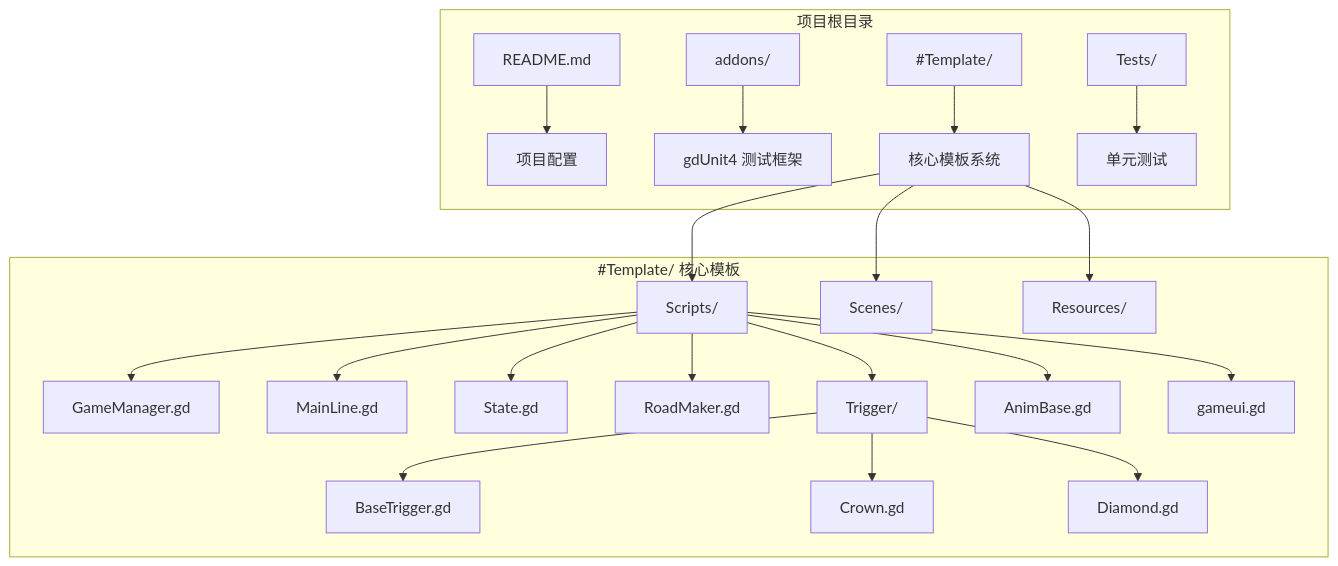
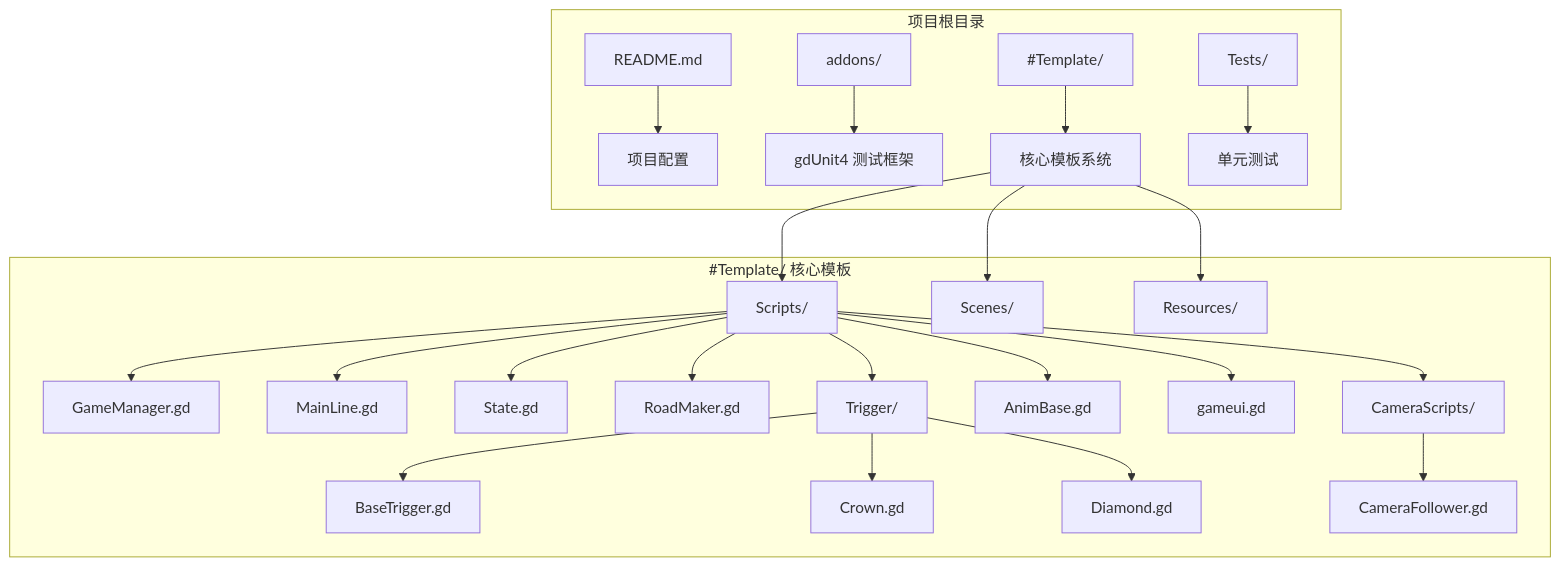
Before and after one commit to godotline/godot-line: the first of 14 diagrams in .qoder/repowiki/zh/content/API参考/核心类API/音频视觉同步系统.md, drawn with Mermaid. The commit also changed other lines of this file and 7 other files, not shown here.

````diff
--- a/.qoder/repowiki/zh/content/API参考/核心类API/音频视觉同步系统.md
+++ b/.qoder/repowiki/zh/content/API参考/核心类API/音频视觉同步系统.md
@@ -47,24 +61,26 @@
 ```mermaid
 graph TB
 subgraph "项目根目录"
 A[README.md] --> B[项目配置]
 C[addons/] --> D[gdUnit4 测试框架]
 E[#Template/] --> F[核心模板系统]
 G[Tests/] --> H[单元测试]
 end
 subgraph "#Template/ 核心模板"
 F --> I[Scripts/]
 F --> J[Scenes/]
 F --> K[Resources/]
 I --> L[GameManager.gd]
 I --> M[MainLine.gd]
 I --> N[State.gd]
 I --> O[RoadMaker.gd]
 I --> P[Trigger/]
 P --> Q[BaseTrigger.gd]
 P --> R[Crown.gd]
 P --> S[Diamond.gd]
 I --> T[AnimBase.gd]
 I --> U[gameui.gd]
+I --> V[CameraScripts/]
+V --> W[CameraFollower.gd]
 end
 ```
````
